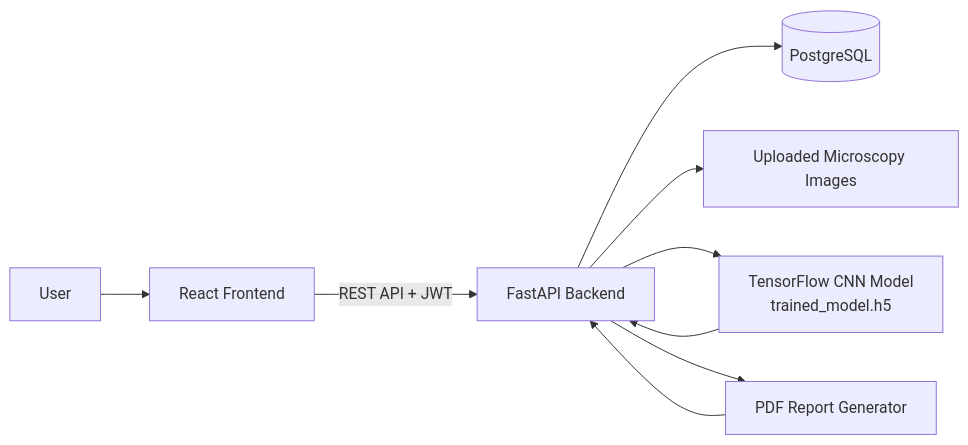
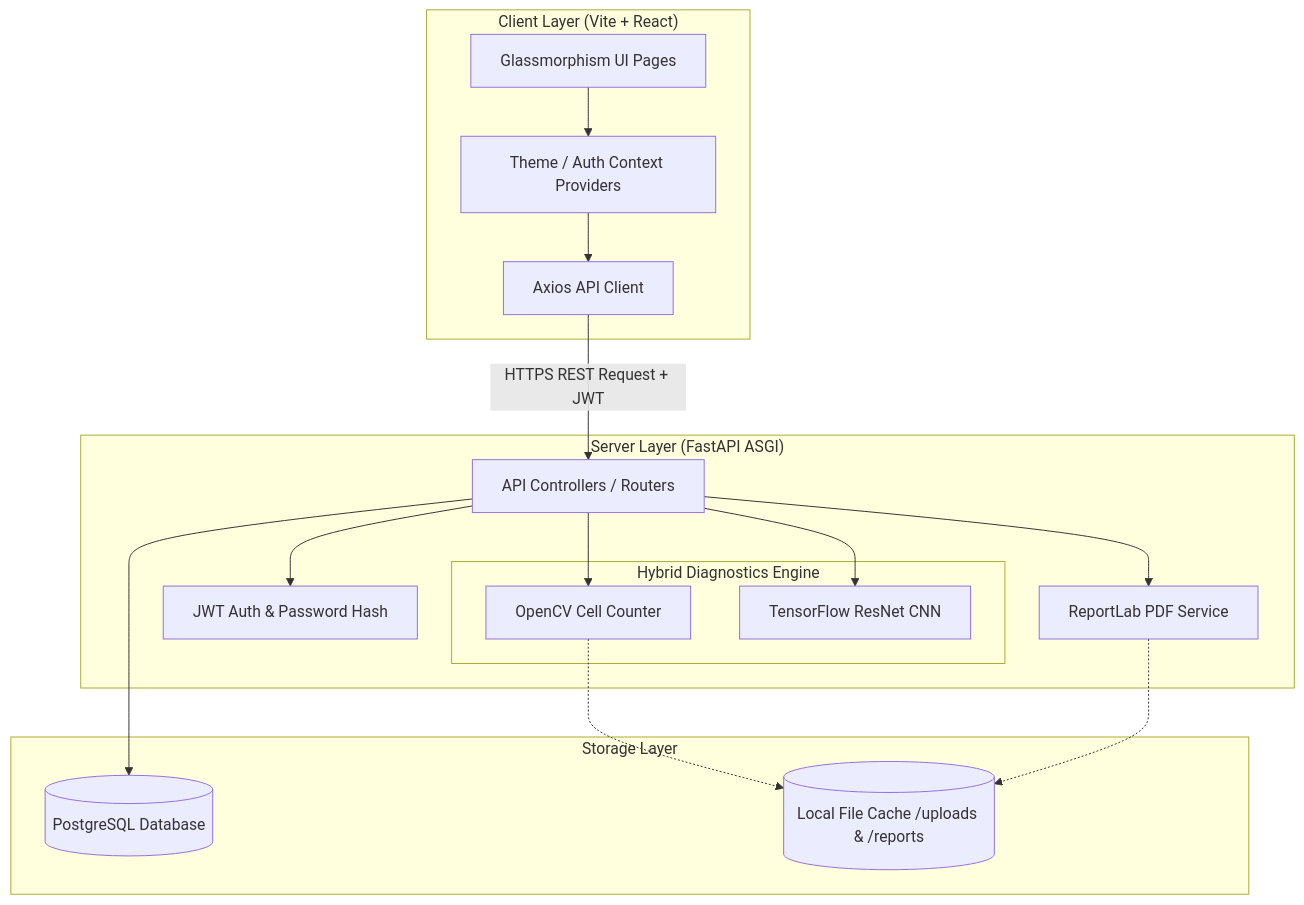
One commit to raj-deep-20/LabVision-AI changed the first of 3 diagrams in README.md. Above: the diagram before and after it, drawn with Mermaid. The commit also changed other lines of this file and 11 other files, not shown here.

````diff
--- a/README.md
+++ b/README.md
@@ -65,11 +52,36 @@
 ```mermaid
-flowchart LR
-    U[User] --> F[React Frontend]
-    F -->|REST API + JWT| B[FastAPI Backend]
-    B --> DB[(PostgreSQL)]
-    B --> IMG[Uploaded Microscopy Images]
-    B --> M[TensorFlow CNN Model\ntrained_model.h5]
-    B --> P[PDF Report Generator]
-    M --> B
-    P --> B
+flowchart TB
+    subgraph Client ["Client Layer (Vite + React)"]
+        UI[Glassmorphism UI Pages]
+        AC[Axios API Client]
+        TC[Theme / Auth Context Providers]
+    end
+
+    subgraph Server ["Server Layer (FastAPI ASGI)"]
+        routes[API Controllers / Routers]
+        auth[JWT Auth & Password Hash]
+        
+        subgraph Engine ["Hybrid Diagnostics Engine"]
+            CV[OpenCV Cell Counter]
+            TF[TensorFlow ResNet CNN]
+        end
+        
+        pdf[ReportLab PDF Service]
+    end
+
+    subgraph Storage ["Storage Layer"]
+        DB[(PostgreSQL Database)]
+        FS[(Local File Cache /uploads & /reports)]
+    end
+
+    UI --> TC
+    TC --> AC
+    AC -->|HTTPS REST Request + JWT| routes
+    routes --> auth
+    routes --> CV
+    routes --> TF
+    routes --> pdf
+    routes --> DB
+    CV -.-> FS
+    pdf -.-> FS
 ```
````
